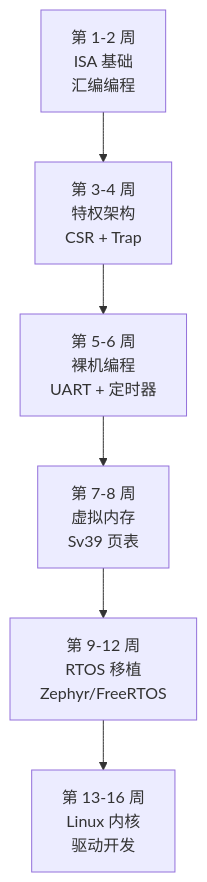
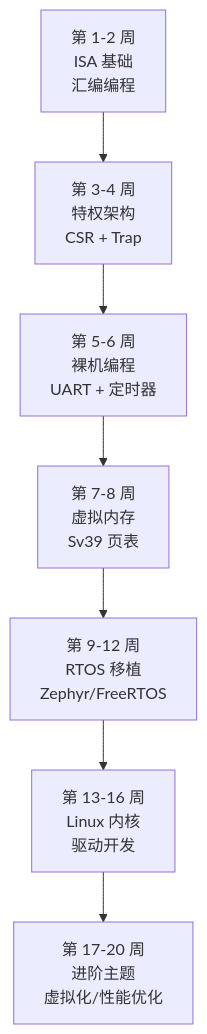
One commit to swjtuer326/cs-learning-notes changed the third of 3 diagrams in riscv/07-practice/hardware-platforms.md. Above: the diagram before and after it, drawn with Mermaid. The commit also changed other lines of this file and 21 other files, not shown here.

````diff
--- a/riscv/07-practice/hardware-platforms.md
+++ b/riscv/07-practice/hardware-platforms.md
@@ -163,11 +165,12 @@
 ```mermaid
 graph TD
     W1["第 1-2 周<br/>ISA 基础<br/>汇编编程"]
     W2["第 3-4 周<br/>特权架构<br/>CSR + Trap"]
     W3["第 5-6 周<br/>裸机编程<br/>UART + 定时器"]
     W4["第 7-8 周<br/>虚拟内存<br/>Sv39 页表"]
     W5["第 9-12 周<br/>RTOS 移植<br/>Zephyr/FreeRTOS"]
     W6["第 13-16 周<br/>Linux 内核<br/>驱动开发"]
+    W7["第 17-20 周<br/>进阶主题<br/>虚拟化/性能优化"]
 
-    W1 --> W2 --> W3 --> W4 --> W5 --> W6
+    W1 --> W2 --> W3 --> W4 --> W5 --> W6 --> W7
 ```
````
